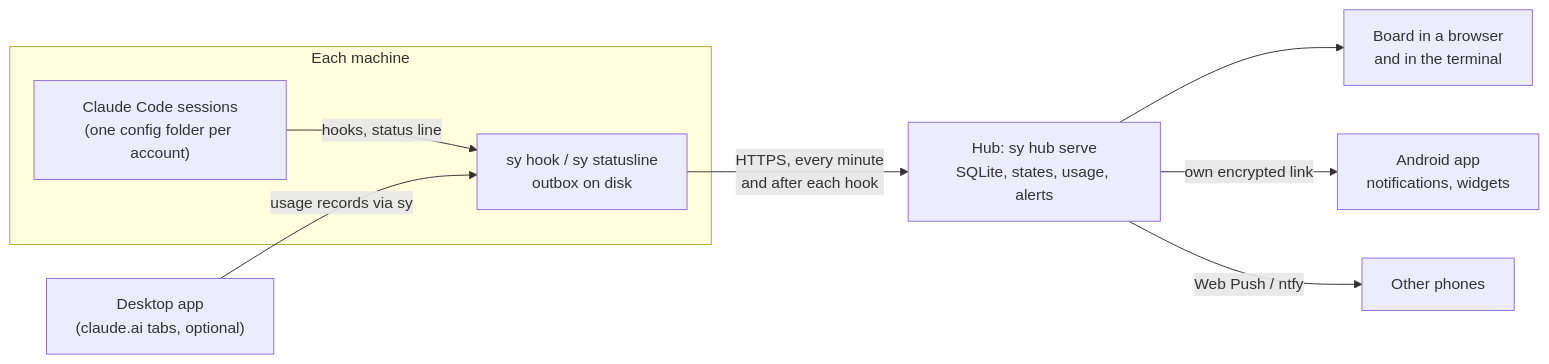
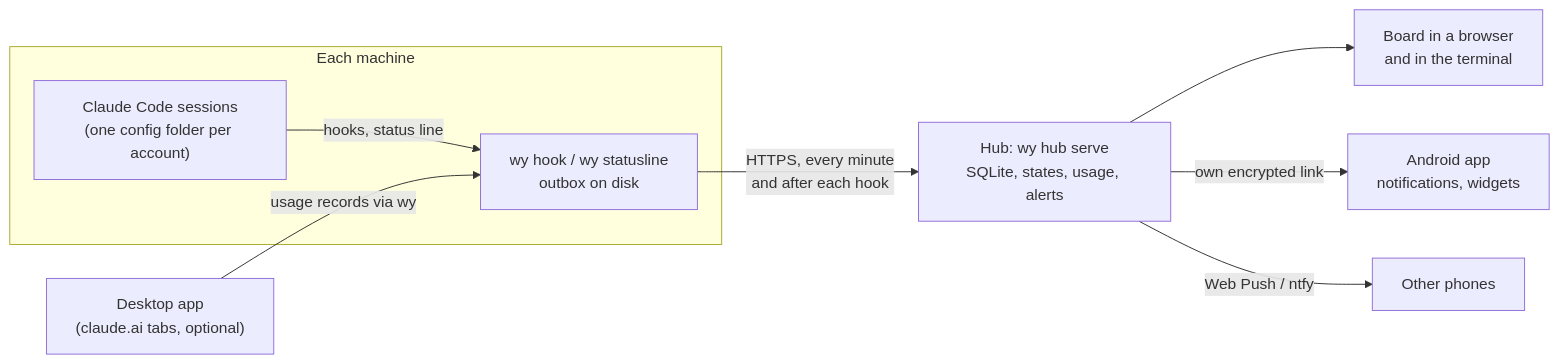
Before and after one commit to mraj602/switchyard: the diagram in README.md, drawn with Mermaid. The commit also changed other lines of this file and 1273 other files, not shown here.

````diff
--- a/README.md
+++ b/README.md
@@ -72,13 +72,13 @@
 ```mermaid
 flowchart LR
   subgraph M["Each machine"]
     CC["Claude Code sessions<br/>(one config folder per account)"]
-    SY["sy hook / sy statusline<br/>outbox on disk"]
+    SY["wy hook / wy statusline<br/>outbox on disk"]
     CC -- "hooks, status line" --> SY
   end
-  D["Desktop app<br/>(claude.ai tabs, optional)"] -- "usage records via sy" --> SY
-  SY -- "HTTPS, every minute<br/>and after each hook" --> H["Hub: sy hub serve<br/>SQLite, states, usage, alerts"]
+  D["Desktop app<br/>(claude.ai tabs, optional)"] -- "usage records via wy" --> SY
+  SY -- "HTTPS, every minute<br/>and after each hook" --> H["Hub: wy hub serve<br/>SQLite, states, usage, alerts"]
   H --> B["Board in a browser<br/>and in the terminal"]
   H -- "own encrypted link" --> A["Android app<br/>notifications, widgets"]
   H -- "Web Push / ntfy" --> P["Other phones"]
 ```
````
